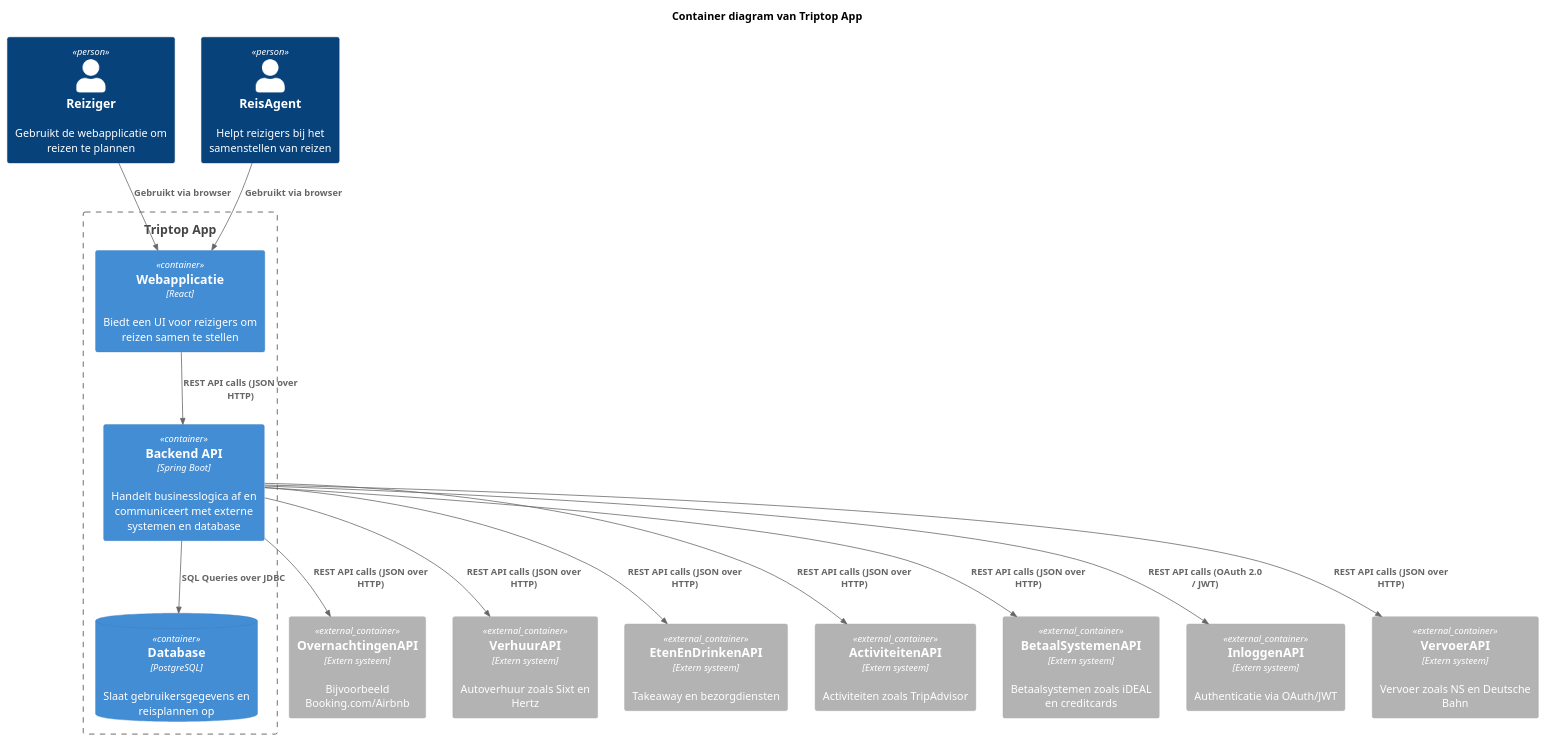
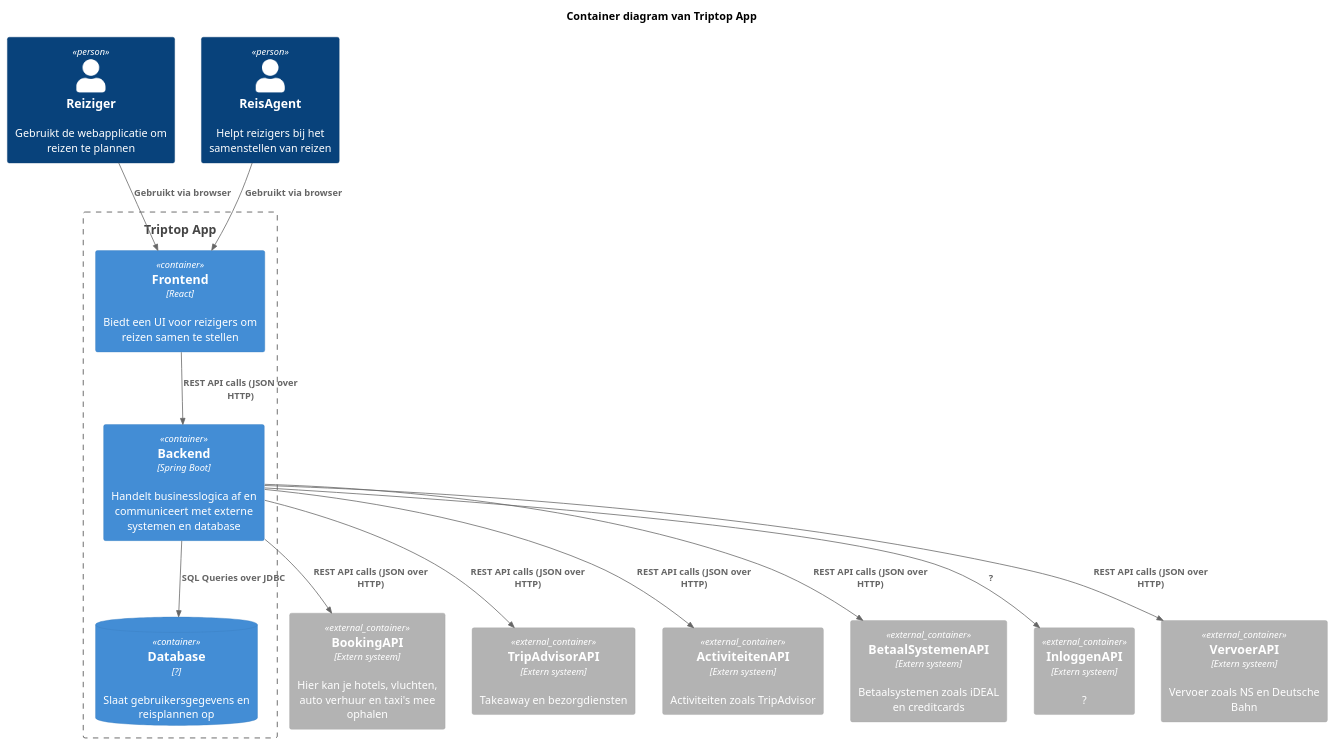
One commit to AIM-ENE-feb25/triptop-peak-performers-groep-1 changed the diagram in taha/Containerdiagram/Containerdiagram_Taha.puml. Above: the diagram before and after it, drawn with PlantUML. The commit also changed 1 other file, not shown here.

Commit message:
containerdiagram aanpassingen

```diff
--- a/taha/Containerdiagram/Containerdiagram_Taha.puml
+++ b/taha/Containerdiagram/Containerdiagram_Taha.puml
@@ -1,35 +1,33 @@
 @startuml
 !include <C4/C4_Container>
 
 title Container diagram van Triptop App
 
 Boundary(system, "Triptop App") {
-    ContainerDb(db, "Database", "PostgreSQL", "Slaat gebruikersgegevens en reisplannen op")
-    Container(webapp, "Webapplicatie", "React", "Biedt een UI voor reizigers om reizen samen te stellen")
-    Container(api, "Backend API", "Spring Boot", "Handelt businesslogica af en communiceert met externe systemen en database")
+    ContainerDb(db, "Database", "?", "Slaat gebruikersgegevens en reisplannen op")
+    Container(webapp, "Frontend", "React", "Biedt een UI voor reizigers om reizen samen te stellen")
+    Container(api, "Backend", "Spring Boot", "Handelt businesslogica af en communiceert met externe systemen en database")
 }
 
 Person(Reiziger, "Reiziger", "Gebruikt de webapplicatie om reizen te plannen")
 Person(ReisAgent, "ReisAgent", "Helpt reizigers bij het samenstellen van reizen")
 
-Container_Ext(OvernachtingenAPI, "OvernachtingenAPI", "Extern systeem", "Bijvoorbeeld Booking.com/Airbnb")
-Container_Ext(VerhuurAPI, "VerhuurAPI", "Extern systeem", "Autoverhuur zoals Sixt en Hertz")
-Container_Ext(EtenEnDrinkenAPI, "EtenEnDrinkenAPI", "Extern systeem", "Takeaway en bezorgdiensten")
+Container_Ext(BookingAPI, "BookingAPI", "Extern systeem", "Hier kan je hotels, vluchten, auto verhuur en taxi's mee ophalen")
+Container_Ext(TripAdvisorAPI, "TripAdvisorAPI", "Extern systeem", "Takeaway en bezorgdiensten")
 Container_Ext(ActiviteitenAPI, "ActiviteitenAPI", "Extern systeem", "Activiteiten zoals TripAdvisor")
 Container_Ext(BetaalSystemenAPI, "BetaalSystemenAPI", "Extern systeem", "Betaalsystemen zoals iDEAL en creditcards")
-Container_Ext(InloggenAPI, "InloggenAPI", "Extern systeem", "Authenticatie via OAuth/JWT")
+Container_Ext(InloggenAPI, "InloggenAPI", "Extern systeem", "?")
 Container_Ext(VervoerAPI, "VervoerAPI", "Extern systeem", "Vervoer zoals NS en Deutsche Bahn")
 
 Rel(Reiziger, webapp, "Gebruikt via browser")
 Rel(ReisAgent, webapp, "Gebruikt via browser")
+Rel(api, db, "SQL Queries over JDBC")
 Rel(webapp, api, "REST API calls (JSON over HTTP)")
-Rel(api, db, "SQL Queries over JDBC")
-Rel(api, OvernachtingenAPI, "REST API calls (JSON over HTTP)")
-Rel(api, VerhuurAPI, "REST API calls (JSON over HTTP)")
-Rel(api, EtenEnDrinkenAPI, "REST API calls (JSON over HTTP)")
+Rel(api, BookingAPI, "REST API calls (JSON over HTTP)")
+Rel(api, TripAdvisorAPI, "REST API calls (JSON over HTTP)")
 Rel(api, ActiviteitenAPI, "REST API calls (JSON over HTTP)")
 Rel(api, BetaalSystemenAPI, "REST API calls (JSON over HTTP)")
-Rel(api, InloggenAPI, "REST API calls (OAuth 2.0 / JWT)")
+Rel(api, InloggenAPI, "?")
 Rel(api, VervoerAPI, "REST API calls (JSON over HTTP)")
 
 @enduml
```
